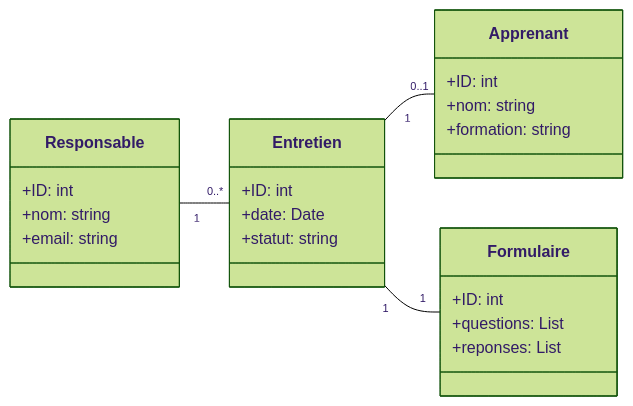
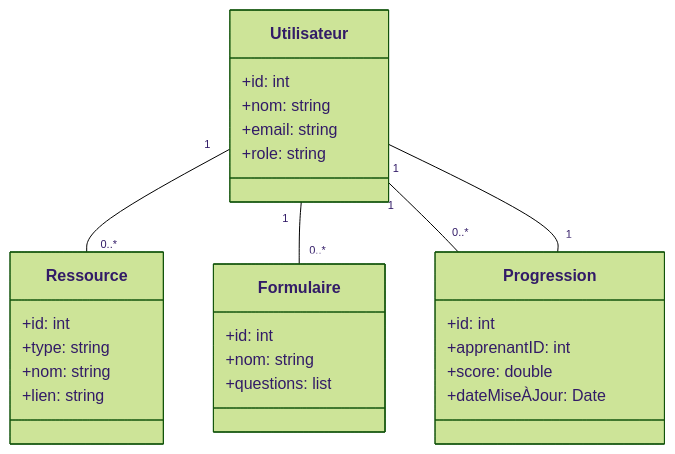
The diagram in Branche Technique/Conception/Diagram_Class.mmd (bardichoussama/FileRouge), drawn with Mermaid (forest theme) before and after one commit. The commit also changed 7 other files, not shown here.

```diff
--- a/Branche Technique/Conception/Diagram_Class.mmd
+++ b/Branche Technique/Conception/Diagram_Class.mmd
@@ -1,29 +1,32 @@
 classDiagram
-    direction LR
-    class Responsable {
-        +ID: int
+    class Utilisateur {
+        +id: int
         +nom: string
         +email: string
+        +role: string
     }
 
-    class Entretien {
-        +ID: int
-        +date: Date
-        +statut: string
-    }
-
-    class Apprenant {
-        +ID: int
+    class Ressource {
+        +id: int
+        +type: string
         +nom: string
-        +formation: string
+        +lien: string
     }
 
     class Formulaire {
-        +ID: int
-        +questions: List
-        +reponses: List
+        +id: int
+        +nom: string
+        +questions: list<string>
     }
 
-    Responsable "1" -- "0..*" Entretien 
-    Entretien "1" -- "0..1" Apprenant 
-    Entretien "1" -- "1" Formulaire 
+    class Progression {
+        +id: int
+        +apprenantID: int
+        +score: double
+        +dateMiseÀJour: Date
+    }
+
+    Utilisateur "1" -- "0..*" Ressource
+    Utilisateur "1" -- "0..*" Formulaire
+    Utilisateur "1" -- "0..*" Progression
+    Progression "1" -- "1" Utilisateur
```
